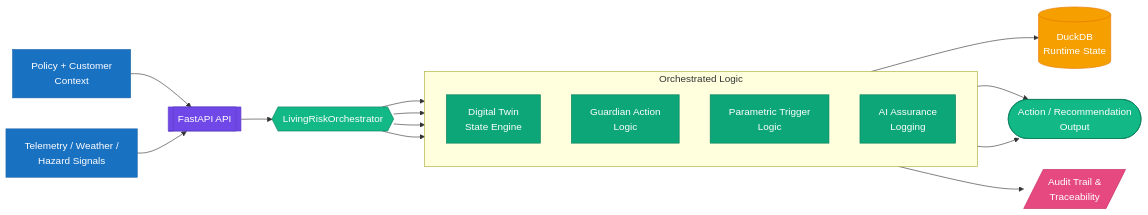
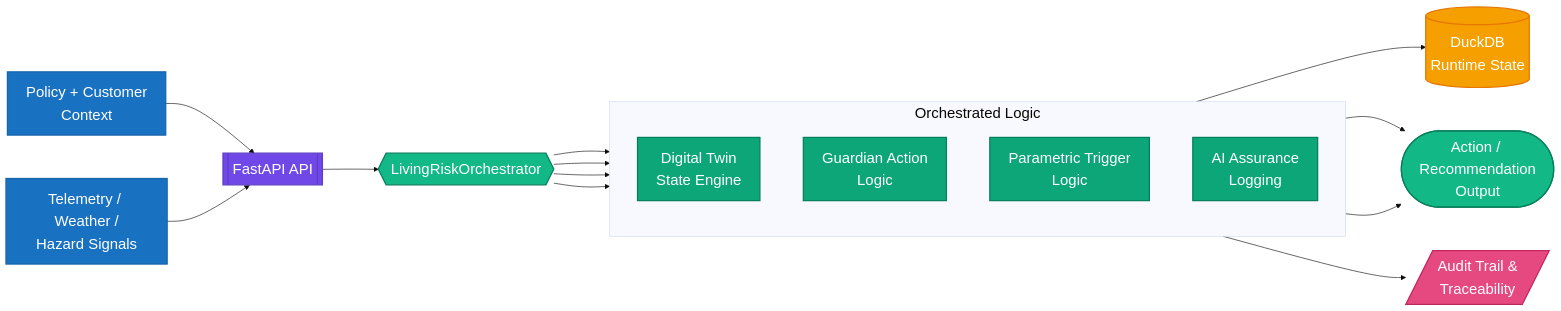
The diagram in docs/udp-architecture.md (sehgalnamit/udp2-living-risk-engine), drawn with Mermaid before and after one commit. The commit also changed 7 other files, not shown here.

Commit message:
Increase Mermaid diagram font size and disable max-width for better visibility

````diff
--- a/docs/udp-architecture.md
+++ b/docs/udp-architecture.md
@@ -11,31 +11,32 @@
 ```mermaid
+%%{init: {'theme': 'base', 'themeVariables': {'fontSize': '24px'}, 'flowchart': {'useMaxWidth': false, 'nodeSpacing': 70, 'rankSpacing': 90}}}%%
 flowchart LR
-    classDef input fill:#1971C2,color:#fff,stroke:#1864AB,stroke-width:1px;
-    classDef api fill:#7048E8,color:#fff,stroke:#5F3DC4,stroke-width:1px;
-    classDef core fill:#12B886,color:#fff,stroke:#087F5B,stroke-width:1px;
-    classDef logic fill:#0CA678,color:#fff,stroke:#087F5B,stroke-width:1px;
-    classDef data fill:#F59F00,color:#fff,stroke:#E67700,stroke-width:1px;
-    classDef audit fill:#E64980,color:#fff,stroke:#C2255C,stroke-width:1px;
+    classDef input fill:#1971C2,color:#fff,stroke:#1864AB,stroke-width:2px;
+    classDef api fill:#7048E8,color:#fff,stroke:#5F3DC4,stroke-width:2px;
+    classDef core fill:#12B886,color:#fff,stroke:#087F5B,stroke-width:2px;
+    classDef logic fill:#0CA678,color:#fff,stroke:#087F5B,stroke-width:2px;
+    classDef data fill:#F59F00,color:#fff,stroke:#E67700,stroke-width:2px;
+    classDef audit fill:#E64980,color:#fff,stroke:#C2255C,stroke-width:2px;
 
     A[Policy + Customer\nContext]:::input --> B[[FastAPI API]]:::api
     C[Telemetry / Weather /\nHazard Signals]:::input --> B
     B --> D{{LivingRiskOrchestrator}}:::core
 
     subgraph Engine["Orchestrated Logic"]
         direction TB
         E[Digital Twin\nState Engine]:::logic
         F[Guardian Action\nLogic]:::logic
         G[Parametric Trigger\nLogic]:::logic
         H[AI Assurance\nLogging]:::logic
     end
 
     D --> E
     D --> F
     D --> G
     D --> H
 
     E --> I[(DuckDB\nRuntime State)]:::data
     F --> J([Action / Recommendation\nOutput]):::core
     G --> J
     H --> K[/Audit Trail &\nTraceability/]:::audit
 ```
````
